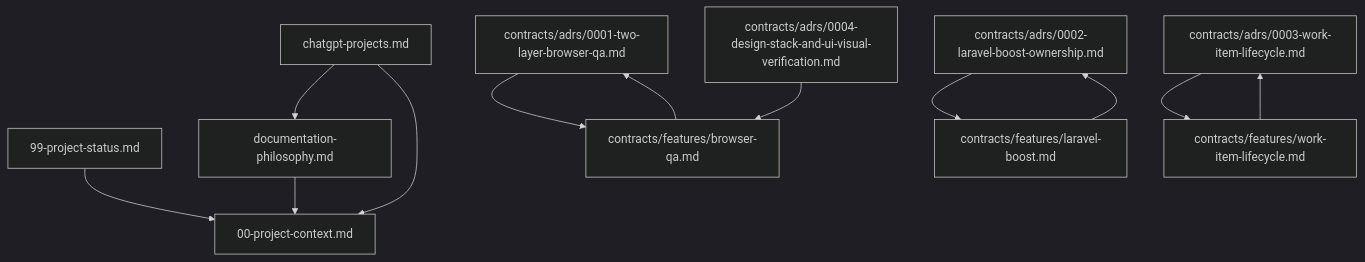
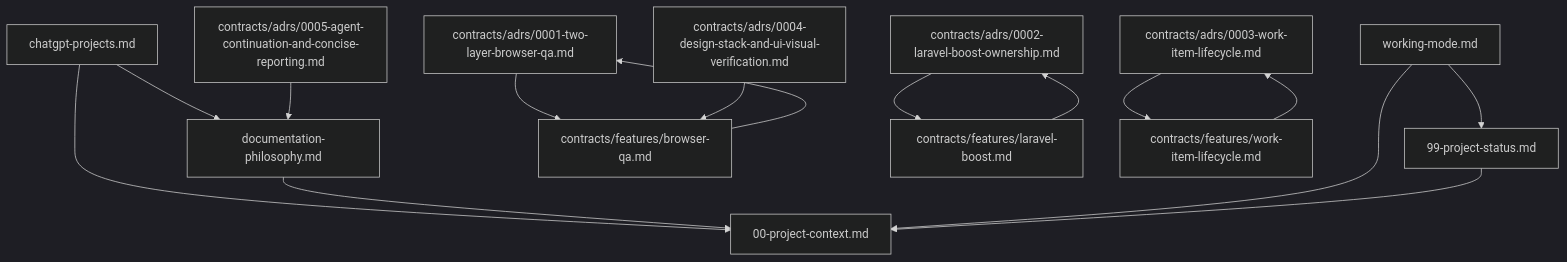
One commit to ConlinJoe/ai-platform changed the diagram in docs/README.md. Above: the diagram before and after it, drawn with Mermaid (dark theme). The commit also changed other lines of this file and 21 other files, not shown here.

Commit message:
Let fresh agent threads resume from working-mode.md so kickoff prompts and long completion reports stop consuming context.

````diff
--- a/docs/README.md
+++ b/docs/README.md
@@ -30,26 +32,31 @@
 ```mermaid
 flowchart TD
   context[00-project-context.md]
+  workingMode[working-mode.md]
   status[99-project-status.md]
   philosophy[documentation-philosophy.md]
   chatgpt[chatgpt-projects.md]
   browserAdr[contracts/adrs/0001-two-layer-browser-qa.md]
   boostAdr[contracts/adrs/0002-laravel-boost-ownership.md]
   workAdr[contracts/adrs/0003-work-item-lifecycle.md]
   designAdr[contracts/adrs/0004-design-stack-and-ui-visual-verification.md]
+  continuationAdr[contracts/adrs/0005-agent-continuation-and-concise-reporting.md]
   browserQa[contracts/features/browser-qa.md]
   boost[contracts/features/laravel-boost.md]
   workItems[contracts/features/work-item-lifecycle.md]
 
   chatgpt --> philosophy
   chatgpt --> context
   philosophy --> context
+  workingMode --> context
+  workingMode --> status
   status --> context
+  continuationAdr --> philosophy
   browserAdr --> browserQa
   boostAdr --> boost
   workAdr --> workItems
   designAdr --> browserQa
   browserQa --> browserAdr
   boost --> boostAdr
   workItems --> workAdr
 ```
````
